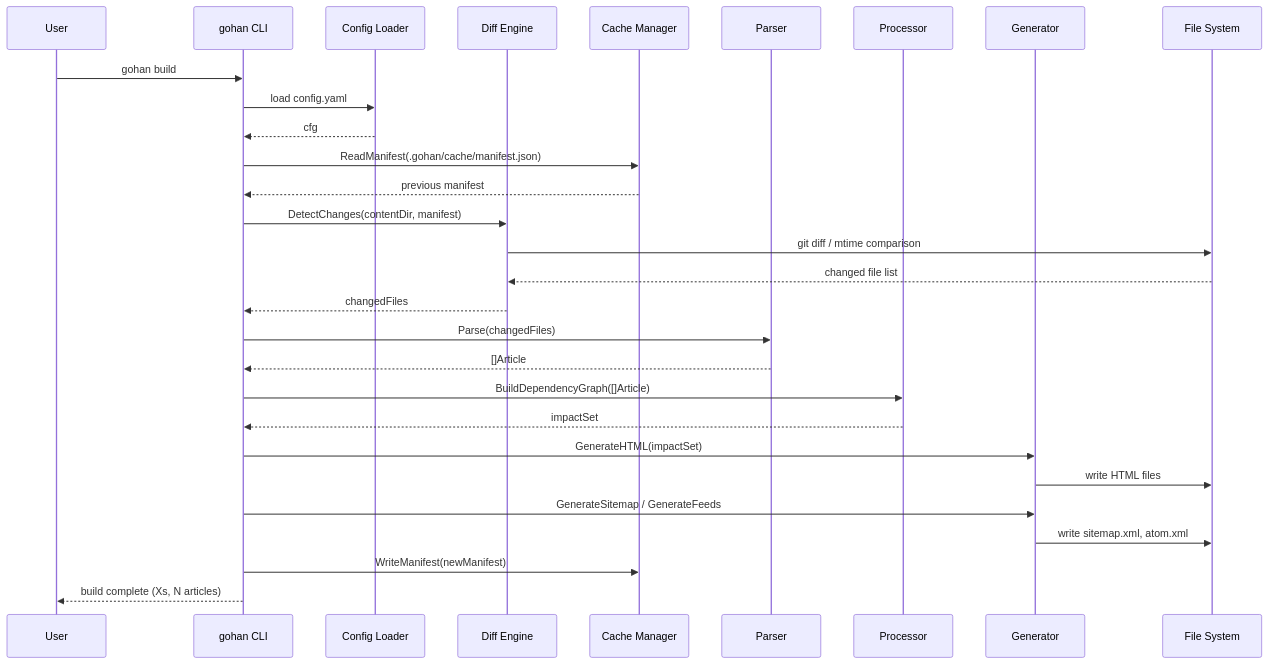
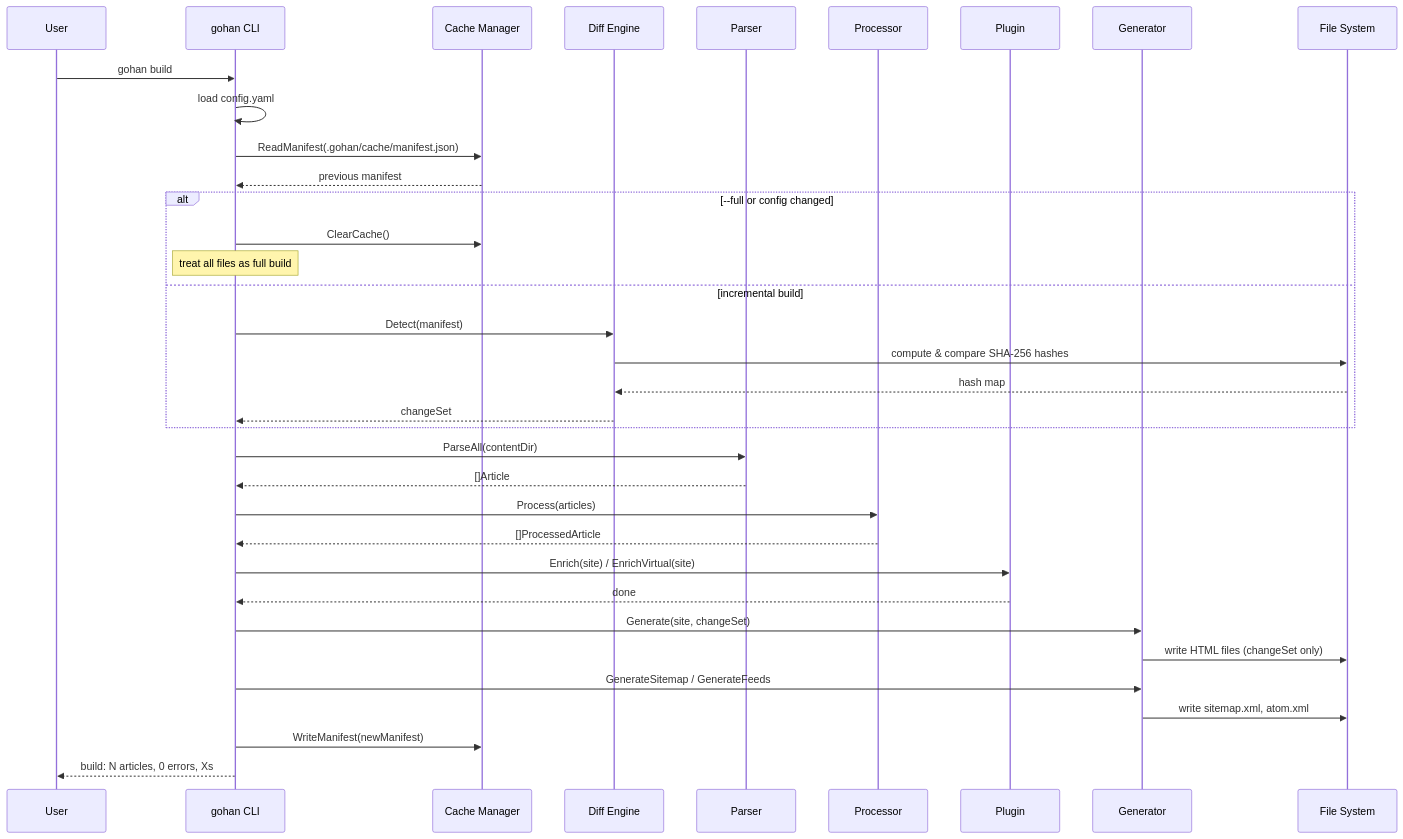
One commit to bmf-san/bmf-tech changed the second of 3 diagrams in content/en/posts/introducing-gohan-ssg.md. Above: the diagram before and after it, drawn with Mermaid. The commit also changed 1 other file, not shown here.

Commit message:
fix: buildシーケンス図を実装に合わせて修正 (en+ja)

````diff
--- a/content/en/posts/introducing-gohan-ssg.md
+++ b/content/en/posts/introducing-gohan-ssg.md
@@ -153,32 +153,38 @@
 ```mermaid
 sequenceDiagram
     participant User
     participant CLI as gohan CLI
-    participant Config as Config Loader
+    participant Cache as Cache Manager
     participant Diff as Diff Engine
-    participant Cache as Cache Manager
     participant Parser
     participant Processor
+    participant Plugin
     participant Generator
     participant FS as File System
 
     User->>CLI: gohan build
-    CLI->>Config: load config.yaml
-    Config-->>CLI: cfg
+    CLI->>CLI: load config.yaml
     CLI->>Cache: ReadManifest(.gohan/cache/manifest.json)
     Cache-->>CLI: previous manifest
-    CLI->>Diff: DetectChanges(contentDir, manifest)
-    Diff->>FS: git diff / mtime comparison
-    FS-->>Diff: changed file list
-    Diff-->>CLI: changedFiles
-    CLI->>Parser: Parse(changedFiles)
+    alt --full or config changed
+        CLI->>Cache: ClearCache()
+        Note over CLI: treat all files as full build
+    else incremental build
+        CLI->>Diff: Detect(manifest)
+        Diff->>FS: compute & compare SHA-256 hashes
+        FS-->>Diff: hash map
+        Diff-->>CLI: changeSet
+    end
+    CLI->>Parser: ParseAll(contentDir)
     Parser-->>CLI: []Article
-    CLI->>Processor: BuildDependencyGraph([]Article)
-    Processor-->>CLI: impactSet
-    CLI->>Generator: GenerateHTML(impactSet)
-    Generator->>FS: write HTML files
+    CLI->>Processor: Process(articles)
+    Processor-->>CLI: []ProcessedArticle
+    CLI->>Plugin: Enrich(site) / EnrichVirtual(site)
+    Plugin-->>CLI: done
+    CLI->>Generator: Generate(site, changeSet)
+    Generator->>FS: write HTML files (changeSet only)
     CLI->>Generator: GenerateSitemap / GenerateFeeds
     Generator->>FS: write sitemap.xml, atom.xml
     CLI->>Cache: WriteManifest(newManifest)
-    CLI-->>User: build complete (Xs, N articles)
+    CLI-->>User: build: N articles, 0 errors, Xs
 ```
````
